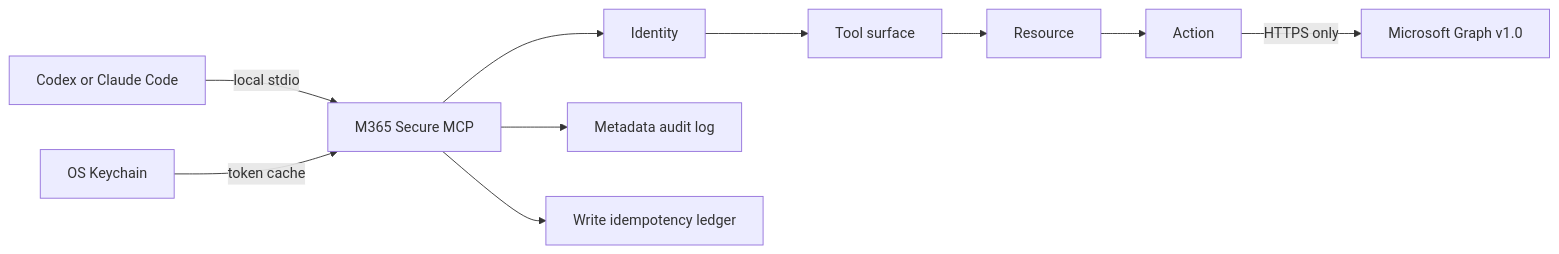
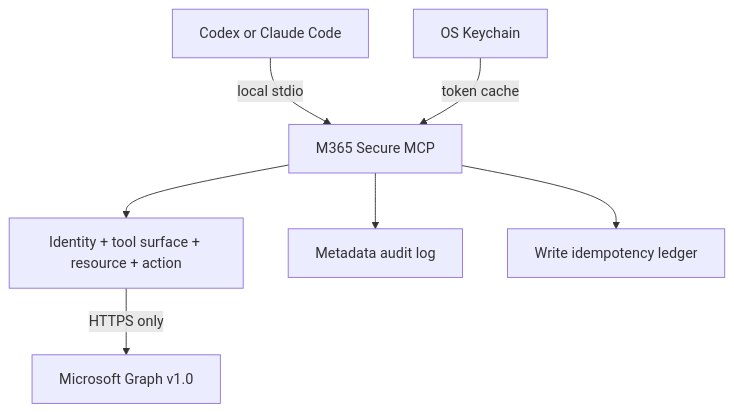
The diagram in README.md (bugroo/m365-secure-mcp), drawn with Mermaid before and after one commit.

Commit message:
docs: improve README architecture legibility

````diff
--- a/README.md
+++ b/README.md
@@ -28,12 +28,9 @@
 ```mermaid
-flowchart LR
+flowchart TB
     A["Codex or Claude Code"] -->|"local stdio"| B["M365 Secure MCP"]
-    B --> C["Identity"]
-    C --> D["Tool surface"]
-    D --> E["Resource"]
-    E --> F["Action"]
-    F -->|"HTTPS only"| G["Microsoft Graph v1.0"]
     H["OS Keychain"] -->|"token cache"| B
+    B --> C["Identity + tool surface + resource + action"]
+    C -->|"HTTPS only"| G["Microsoft Graph v1.0"]
     B --> I["Metadata audit log"]
     B --> J["Write idempotency ledger"]
 ```
````
